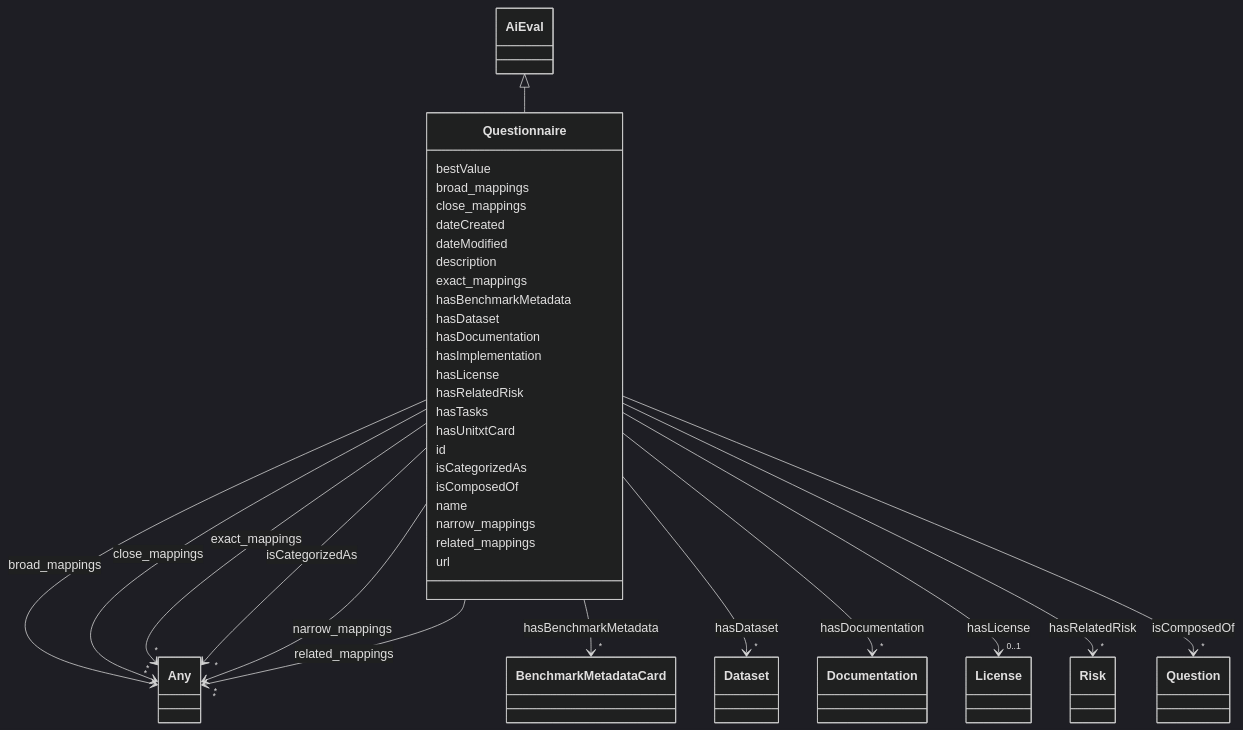
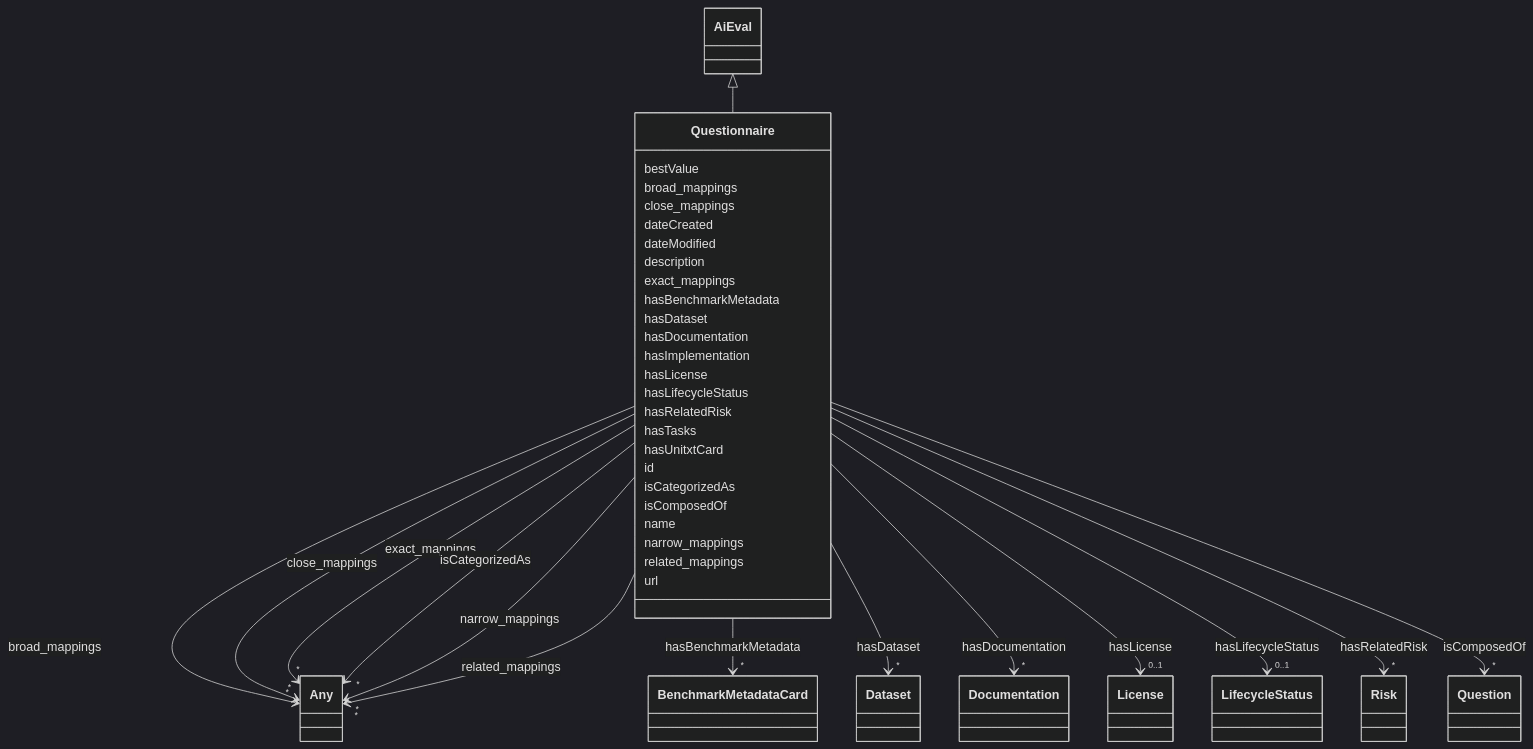
Before and after one commit to ingelise/risk-atlas-nexus: the diagram in docs/ontology/Questionnaire.md, drawn with Mermaid (dark theme). The commit also changed other lines of this file and 206 other files, not shown here.

```diff
--- a/docs/ontology/Questionnaire.md
+++ b/docs/ontology/Questionnaire.md
@@ -105,6 +105,17 @@
 
 
 
+      Questionnaire : hasLifecycleStatus
+
+
+
+
+
+        Questionnaire --> "0..1" LifecycleStatus : hasLifecycleStatus
+        click LifecycleStatus href "../LifecycleStatus/"
+
+
+
       Questionnaire : hasRelatedRisk
 
 
```
